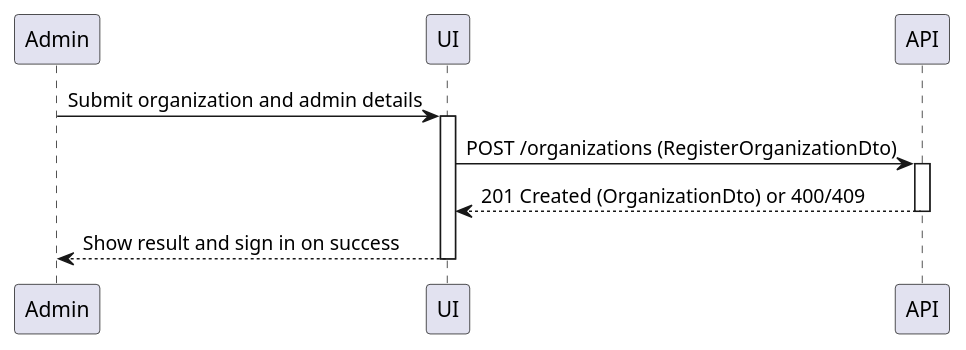
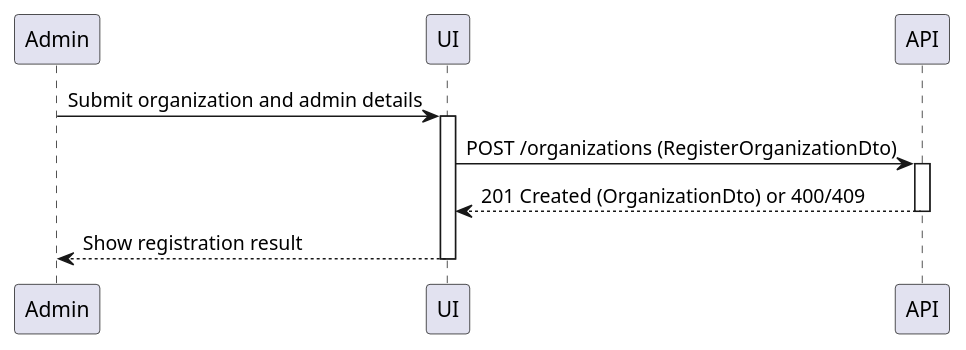
One commit to vscosousa/Nexo changed the diagram in docs/guides/sequence-diagrams.md. Above: the diagram before and after it, drawn with PlantUML. The commit also changed other lines of this file and 80 other files, not shown here.

Commit message:
docs: refresh documentation with current status and updated diagrams

````diff
--- a/docs/guides/sequence-diagrams.md
+++ b/docs/guides/sequence-diagrams.md
@@ -23,10 +31,10 @@
 ```plantuml
 Admin -> UI: Submit organization and admin details
 activate UI
 UI -> API: POST /organizations (RegisterOrganizationDto)
 activate API
 API --> UI: 201 Created (OrganizationDto) or 400/409
 deactivate API
-UI --> Admin: Show result and sign in on success
+UI --> Admin: Show registration result
 deactivate UI
 ```
````
